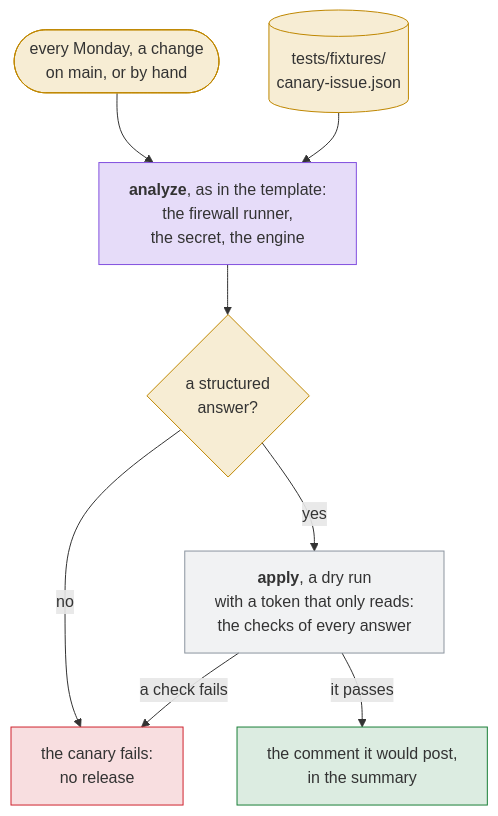
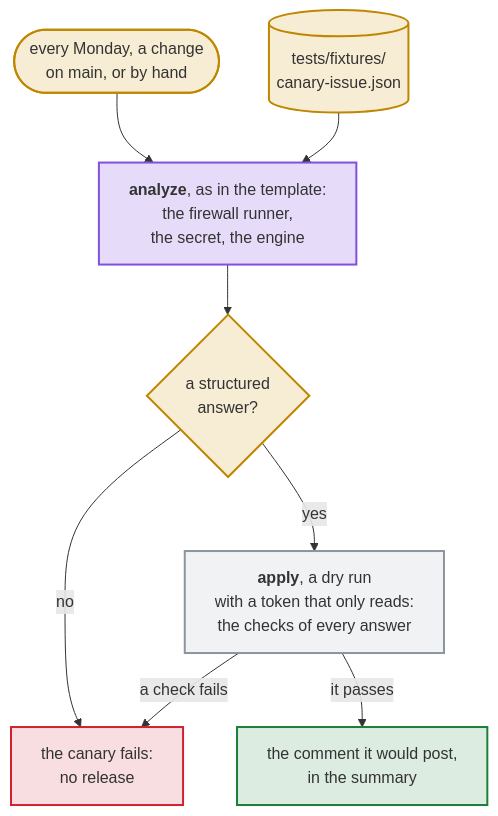
The sixth of 8 diagrams in docs/architecture.md (Dennis-Otto/issue-assistant), drawn with Mermaid before and after one commit.

Commit message:
docs: give the boxes of the canary diagram the 2px border of every diagram
The diagrams of main now draw every box with a border of 2 pixels, which
tests/test_docs.py asks of every classDef.

````diff
--- a/docs/architecture.md
+++ b/docs/architecture.md
@@ -182,22 +182,22 @@
 ```mermaid
 flowchart TB
   accTitle: How the Canary runs the path of an issue through the AI
   accDescr: The Canary starts every Monday, after a change on main of the script, the prompts, the action, the workflow template, the firewall policy, the settings or the canary's issue, and by hand. Its job analyze is that of the template: on the firewall runner, with the engine's secret of the environment issue-assistant, context reads the issue of tests/fixtures/canary-issue.json instead of one on GitHub, and the engine answers with JSON. Without the secret or without an answer, the canary fails. Its job apply checks the answer as for a real issue, as a dry run with a token that can only read: an answer that breaks a check fails the canary, and one that passes shows the comment it would post in the summary.
   start(["every Monday, a change<br/>on main, or by hand"]) --> analyze
   fixture[("tests/fixtures/<br/>canary-issue.json")] --> analyze
   analyze["<b>analyze</b>, as in the template:<br/>the firewall runner,<br/>the secret, the engine"] --> answered{"a structured<br/>answer?"}
   answered -- "no" --> red["the canary fails:<br/>no release"]
   answered -- "yes" --> apply["<b>apply</b>, a dry run<br/>with a token that only reads:<br/>the checks of every answer"]
   apply -- "a check fails" --> red
   apply -- "it passes" --> green["the comment it would post,<br/>in the summary"]
-  classDef trigger fill:#d4a72c33,stroke:#bf8700
-  classDef ai fill:#8250df33,stroke:#8250df
-  classDef job fill:#8c959f1f,stroke:#8c959f
-  classDef safe fill:#1a7f3726,stroke:#1a7f37
-  classDef untrusted fill:#cf222e26,stroke:#cf222e
+  classDef trigger fill:#d4a72c33,stroke:#bf8700,stroke-width:2px
+  classDef ai fill:#8250df33,stroke:#8250df,stroke-width:2px
+  classDef job fill:#8c959f1f,stroke:#8c959f,stroke-width:2px
+  classDef safe fill:#1a7f3726,stroke:#1a7f37,stroke-width:2px
+  classDef untrusted fill:#cf222e26,stroke:#cf222e,stroke-width:2px
   class start,fixture,answered trigger
   class analyze ai
   class apply job
   class green safe
   class red untrusted
 ```
````
